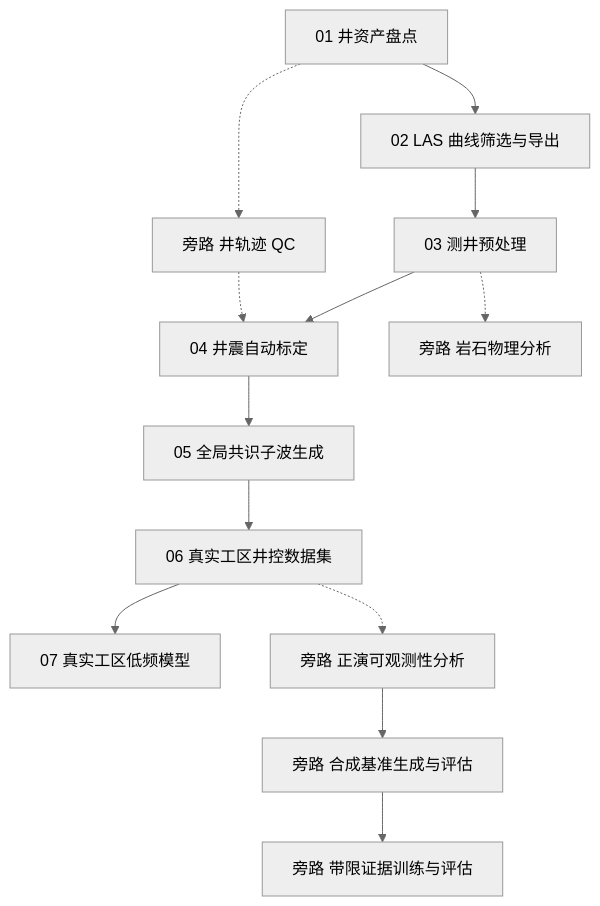
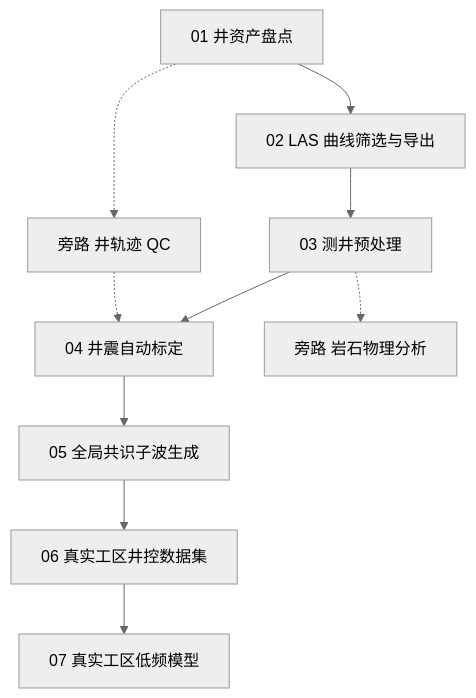
Before and after one commit to oimero/inversion_workflow: the diagram in docs/index.md, drawn with Mermaid (neutral theme). The commit also changed other lines of this file and 7 other files, not shown here.

````diff
--- a/docs/index.md
+++ b/docs/index.md
@@ -3,13 +3,10 @@
 ```mermaid
 flowchart TB
     S1["01 井资产盘点"] --> S2["02 LAS 曲线筛选与导出"] --> S3["03 测井预处理"] --> S4["04 井震自动标定"] --> S5["05 全局共识子波生成"] --> S6["06 真实工区井控数据集"] --> S7["07 真实工区低频模型"]
 
     WT["旁路 井轨迹 QC"]
     S1 -.-> WT -.-> S4
 
     RP["旁路 岩石物理分析"]
     S3 -.-> RP
-
-    FO["旁路 正演可观测性分析"] --> SL["旁路 合成基准生成与评估"] --> EV["旁路 带限证据训练与评估"]
-    S6 -.-> FO
 ```
````
